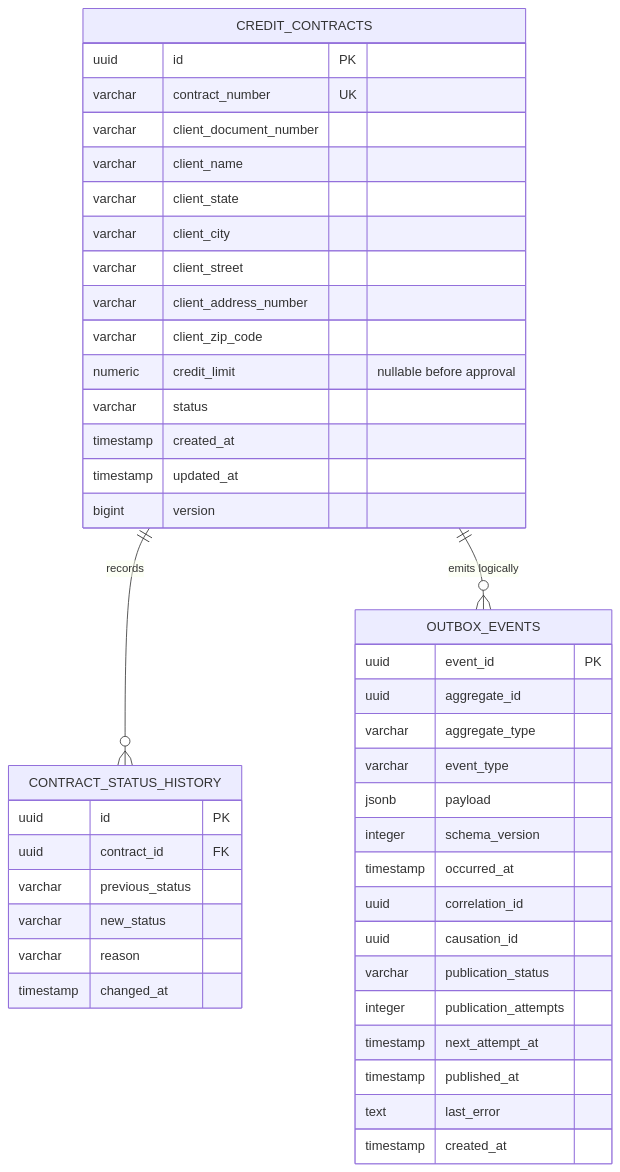
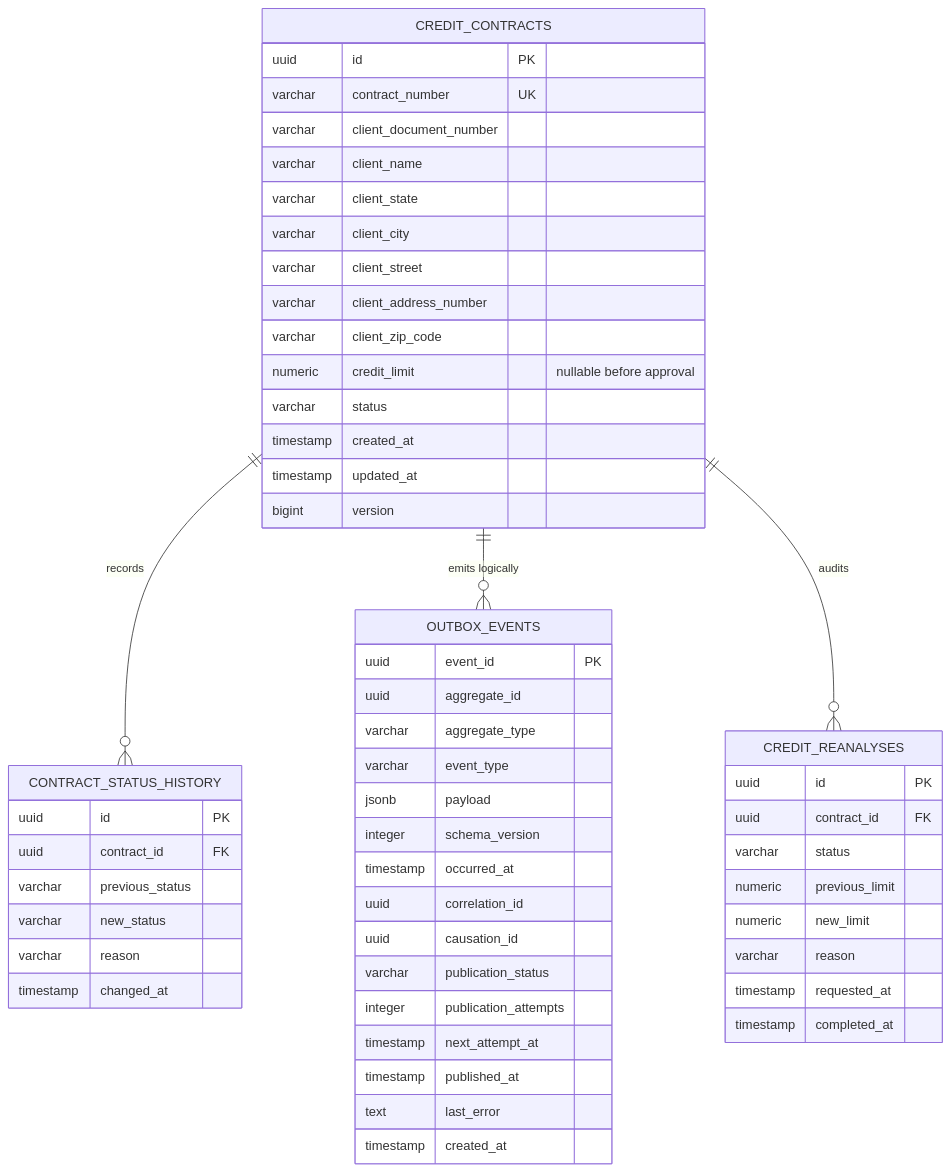
Before and after one commit to tmcly/credit-contract-manager: the fourth of 8 diagrams in docs/architecture/overview.md, drawn with Mermaid. The commit also changed other lines of this file and 39 other files, not shown here.

Commit message:
feat: reanalyze active credit contracts

````diff
--- a/docs/architecture/overview.md
+++ b/docs/architecture/overview.md
@@ -123,49 +128,61 @@
 ```mermaid
 erDiagram
     CREDIT_CONTRACTS ||--o{ CONTRACT_STATUS_HISTORY : "records"
     CREDIT_CONTRACTS ||--o{ OUTBOX_EVENTS : "emits logically"
+    CREDIT_CONTRACTS ||--o{ CREDIT_REANALYSES : "audits"
 
     CREDIT_CONTRACTS {
         uuid id PK
         varchar contract_number UK
         varchar client_document_number
         varchar client_name
         varchar client_state
         varchar client_city
         varchar client_street
         varchar client_address_number
         varchar client_zip_code
         numeric credit_limit "nullable before approval"
         varchar status
         timestamp created_at
         timestamp updated_at
         bigint version
     }
 
     CONTRACT_STATUS_HISTORY {
         uuid id PK
         uuid contract_id FK
         varchar previous_status
         varchar new_status
         varchar reason
         timestamp changed_at
     }
 
     OUTBOX_EVENTS {
         uuid event_id PK
         uuid aggregate_id
         varchar aggregate_type
         varchar event_type
         jsonb payload
         integer schema_version
         timestamp occurred_at
         uuid correlation_id
         uuid causation_id
         varchar publication_status
         integer publication_attempts
         timestamp next_attempt_at
         timestamp published_at
         text last_error
         timestamp created_at
     }
+
+    CREDIT_REANALYSES {
+        uuid id PK
+        uuid contract_id FK
+        varchar status
+        numeric previous_limit
+        numeric new_limit
+        varchar reason
+        timestamp requested_at
+        timestamp completed_at
+    }
 ```
````
